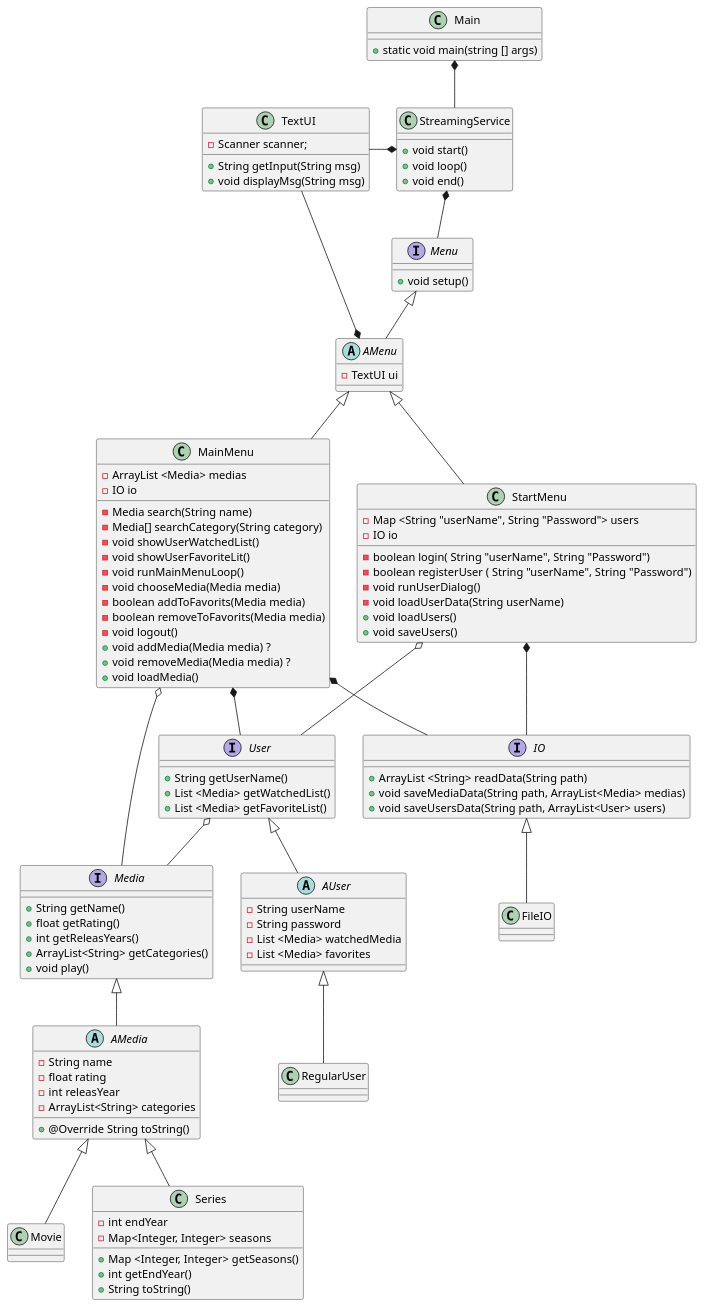
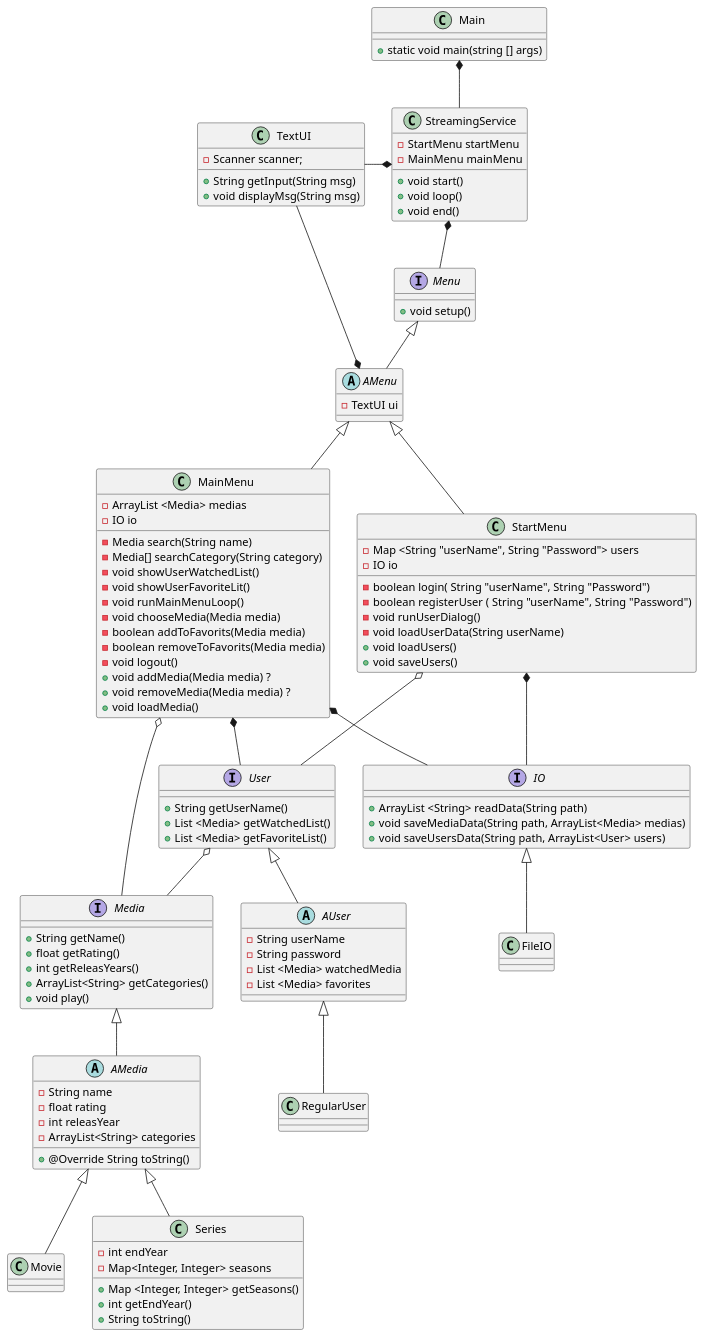
The diagram in doc/dynamic/sequence.puml (Shiihon/SP3_plus), drawn with PlantUML before and after one commit. The commit also changed 2 other files, not shown here.

```diff
--- a/doc/dynamic/sequence.puml
+++ b/doc/dynamic/sequence.puml
@@ -1,127 +1,130 @@
 @startuml
 class Main
 class StreamingService
 interface Menu
 abstract class AMenu
 class StartMenu
 class MainMenu
 interface User
 abstract class AUser
 class RegularUser
 interface Media
 abstract class AMedia
 class Movie
 class Series
 interface IO
 class FileIO
 class TextUI
 
 Main *-- StreamingService
 StreamingService *-- Menu
 Menu <|-- AMenu
 AMenu <|-- StartMenu
 AMenu <|-- MainMenu
 AMenu *-- TextUI
 StartMenu *-- IO
 MainMenu *-- IO
 IO <|-- FileIO
 StartMenu o-- User
 MainMenu *-- User
 User <|-- AUser
 AUser <|-- RegularUser
 MainMenu o-- Media
 User o-- Media
 Media <|-- AMedia
 AMedia <|-- Movie
 AMedia <|-- Series
 
 
 Main : + static void main(string [] args)
 
+
+StreamingService : - StartMenu startMenu
+StreamingService : - MainMenu mainMenu
 
 StreamingService : + void start()
 StreamingService : + void loop()
 StreamingService : + void end()
 
 
 StreamingService *-l- TextUI
 
 
 Menu : + void setup()
 
 
 AMenu : - TextUI ui
 
 
 StartMenu : - Map <String "userName", String "Password"> users
 StartMenu : - IO io
 
 StartMenu : - boolean login( String "userName", String "Password")
 StartMenu : - boolean registerUser ( String "userName", String "Password")
 StartMenu : - void runUserDialog()
 StartMenu : - void loadUserData(String userName)
 StartMenu : + void loadUsers()
 StartMenu : + void saveUsers()
 
 
 MainMenu : - ArrayList <Media> medias
 MainMenu : - IO io
 
 MainMenu : - Media search(String name)
 MainMenu : - Media[] searchCategory(String category)
 MainMenu : - void showUserWatchedList()
 MainMenu : - void showUserFavoriteLit()
 MainMenu : - void runMainMenuLoop()
 MainMenu : - void chooseMedia(Media media)
 MainMenu : - boolean addToFavorits(Media media)
 MainMenu : - boolean removeToFavorits(Media media)
 MainMenu : - void logout()
 MainMenu : + void addMedia(Media media) ?
 MainMenu : + void removeMedia(Media media) ?
 MainMenu : + void loadMedia()
 
 
 User : + String getUserName()
 User : + List <Media> getWatchedList()
 User : + List <Media> getFavoriteList()
 
 
 AUser : - String userName
 AUser : - String password
 AUser : - List <Media> watchedMedia
 AUser : - List <Media> favorites
 
 
 Media : + String getName()
 Media : + float getRating()
 Media : + int getReleasYears()
 Media : + ArrayList<String> getCategories()
 Media : + void play()
 
 
 AMedia : - String name
 AMedia : - float rating
 AMedia : - int releasYear
 AMedia : - ArrayList<String> categories
 
 AMedia : + @Override String toString()
 
 
 Series : - int endYear
 Series : - Map<Integer, Integer> seasons
 Series : + Map <Integer, Integer> getSeasons()
 
 Series : + int getEndYear()
 Series : + String toString()
 
 
 IO : + ArrayList <String> readData(String path)
 IO : + void saveMediaData(String path, ArrayList<Media> medias)
 IO : + void saveUsersData(String path, ArrayList<User> users)
 
 TextUI : - Scanner scanner;
 
 TextUI : + String getInput(String msg)
 TextUI : + void displayMsg(String msg)
 
 @enduml
```
